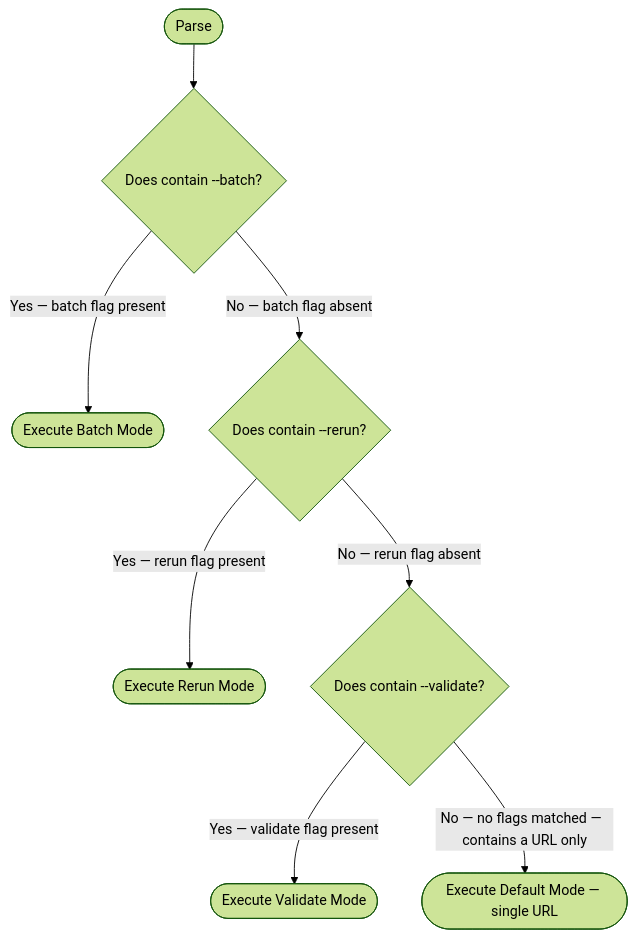
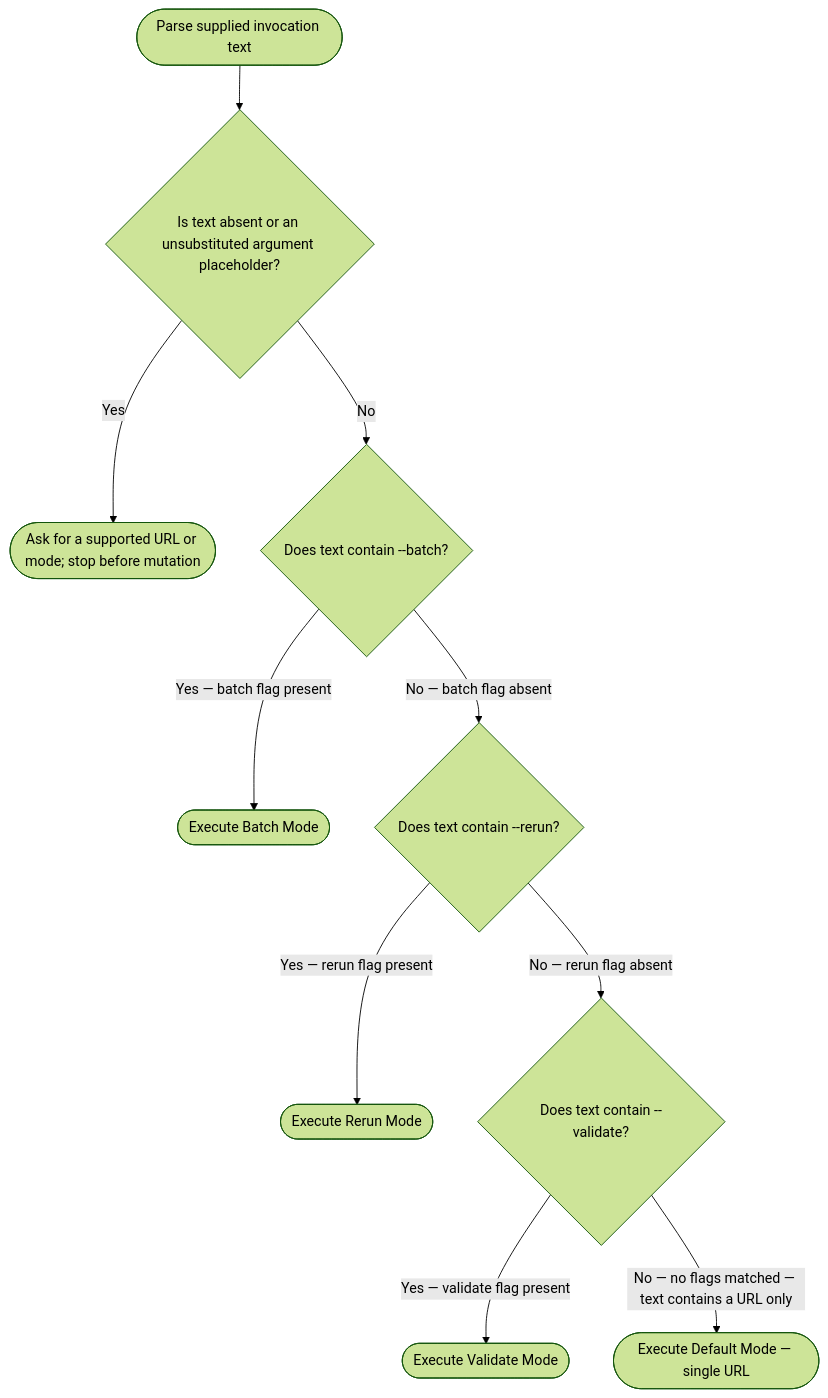
Before and after one commit to Jamie-BitFlight/claude_skills: the first of 4 diagrams in .claude/skills/research-curator/SKILL.md, drawn with Mermaid (forest theme). The commit also changed other lines of this file and 13 other files, not shown here.

````diff
--- a/.claude/skills/research-curator/SKILL.md
+++ b/.claude/skills/research-curator/SKILL.md
@@ -31,10 +87,12 @@
 ```mermaid
 flowchart TD
-    Start(["Parse <mode_args/>"]) --> Q1{"Does <mode_args/> contain --batch?"}
+    Start(["Parse supplied invocation text"]) --> Empty{"Is text absent or an unsubstituted argument placeholder?"}
+    Empty -->|"Yes"| Ask(["Ask for a supported URL or mode; stop before mutation"])
+    Empty -->|"No"| Q1{"Does text contain --batch?"}
     Q1 -->|"Yes — batch flag present"| Batch(["Execute Batch Mode"])
-    Q1 -->|"No — batch flag absent"| Q2{"Does <mode_args/> contain --rerun?"}
+    Q1 -->|"No — batch flag absent"| Q2{"Does text contain --rerun?"}
     Q2 -->|"Yes — rerun flag present"| Rerun(["Execute Rerun Mode"])
-    Q2 -->|"No — rerun flag absent"| Q3{"Does <mode_args/> contain --validate?"}
+    Q2 -->|"No — rerun flag absent"| Q3{"Does text contain --validate?"}
     Q3 -->|"Yes — validate flag present"| Validate(["Execute Validate Mode"])
-    Q3 -->|"No — no flags matched — <mode_args/> contains a URL only"| Default(["Execute Default Mode — single URL"])
+    Q3 -->|"No — no flags matched — text contains a URL only"| Default(["Execute Default Mode — single URL"])
 ```
````
